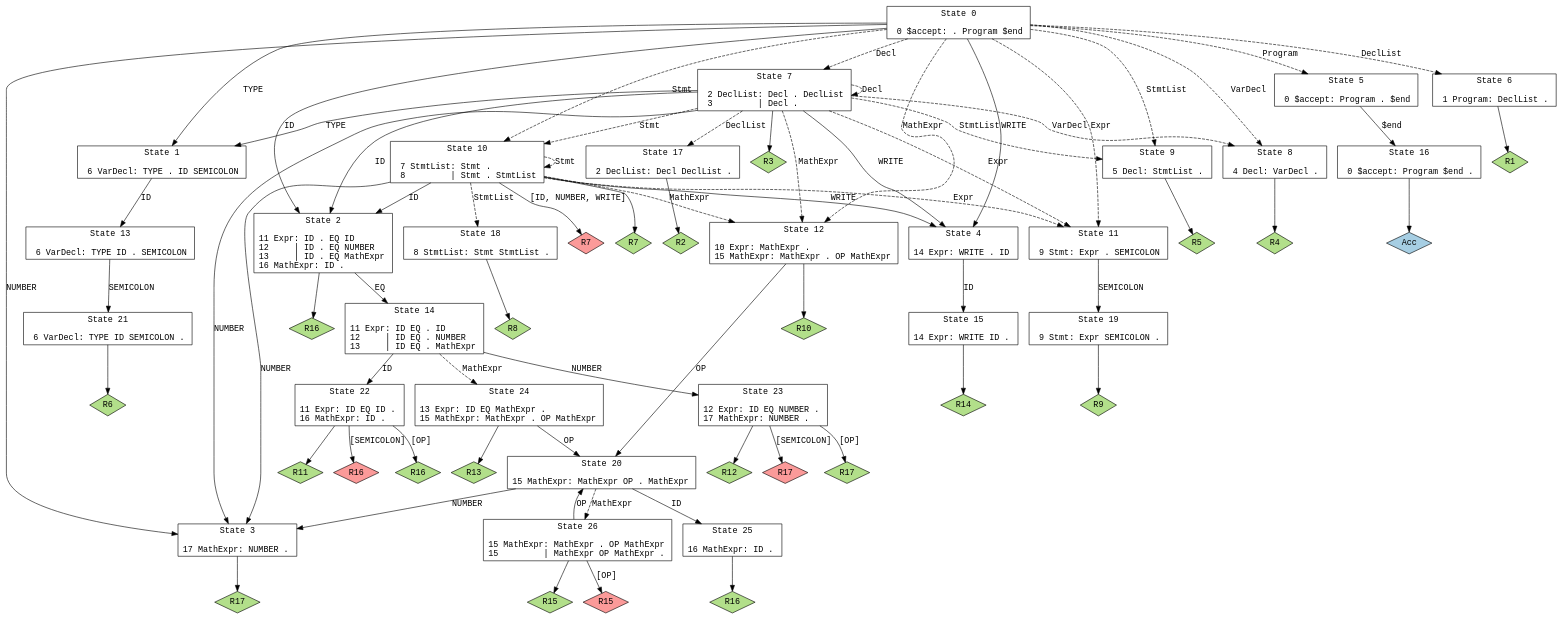
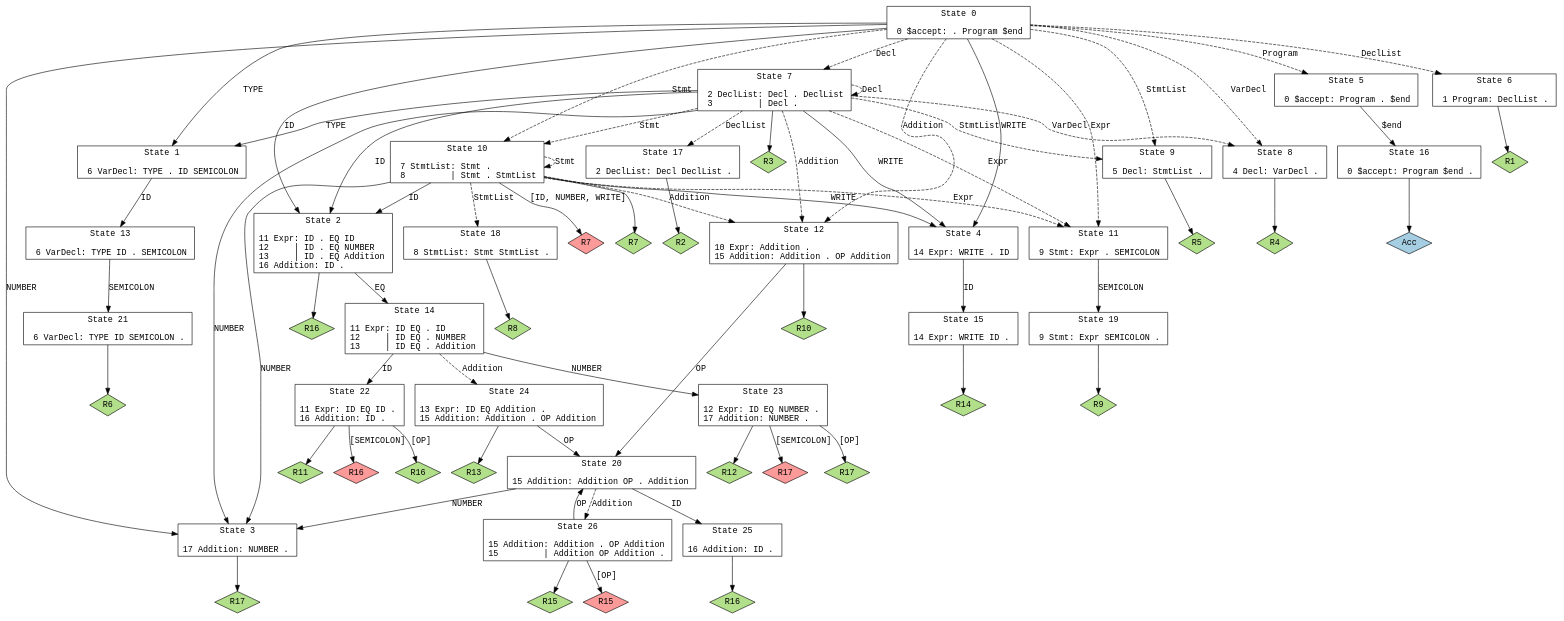
Before and after one commit to tyhunt24/compiler_design: the diagram in parser.dot, drawn with Graphviz. The commit also changed 10 other files, not shown here.

Commit message:
Need to figure out IR code, OPtimization, and register allocation

```diff
--- a/parser.dot
+++ b/parser.dot
@@ -1,132 +1,132 @@
 // Generated by GNU Bison 3.5.1.
 // Report bugs to <bug-bison@gnu.org>.
 // Home page: <https://www.gnu.org/software/bison/>.
 
 digraph "parser.y"
 {
   node [fontname = courier, shape = box, colorscheme = paired6]
   edge [fontname = courier]
 
   0 [label="State 0\n\l  0 $accept: . Program $end\l"]
   0 -> 1 [style=solid label="TYPE"]
   0 -> 2 [style=solid label="ID"]
   0 -> 3 [style=solid label="NUMBER"]
   0 -> 4 [style=solid label="WRITE"]
   0 -> 5 [style=dashed label="Program"]
   0 -> 6 [style=dashed label="DeclList"]
   0 -> 7 [style=dashed label="Decl"]
   0 -> 8 [style=dashed label="VarDecl"]
   0 -> 9 [style=dashed label="StmtList"]
   0 -> 10 [style=dashed label="Stmt"]
   0 -> 11 [style=dashed label="Expr"]
-  0 -> 12 [style=dashed label="MathExpr"]
+  0 -> 12 [style=dashed label="Addition"]
   1 [label="State 1\n\l  6 VarDecl: TYPE . ID SEMICOLON\l"]
   1 -> 13 [style=solid label="ID"]
-  2 [label="State 2\n\l 11 Expr: ID . EQ ID\l 12     | ID . EQ NUMBER\l 13     | ID . EQ MathExpr\l 16 MathExpr: ID .\l"]
+  2 [label="State 2\n\l 11 Expr: ID . EQ ID\l 12     | ID . EQ NUMBER\l 13     | ID . EQ Addition\l 16 Addition: ID .\l"]
   2 -> 14 [style=solid label="EQ"]
   2 -> "2R16" [style=solid]
  "2R16" [label="R16", fillcolor=3, shape=diamond, style=filled]
-  3 [label="State 3\n\l 17 MathExpr: NUMBER .\l"]
+  3 [label="State 3\n\l 17 Addition: NUMBER .\l"]
   3 -> "3R17" [style=solid]
  "3R17" [label="R17", fillcolor=3, shape=diamond, style=filled]
   4 [label="State 4\n\l 14 Expr: WRITE . ID\l"]
   4 -> 15 [style=solid label="ID"]
   5 [label="State 5\n\l  0 $accept: Program . $end\l"]
   5 -> 16 [style=solid label="$end"]
   6 [label="State 6\n\l  1 Program: DeclList .\l"]
   6 -> "6R1" [style=solid]
  "6R1" [label="R1", fillcolor=3, shape=diamond, style=filled]
   7 [label="State 7\n\l  2 DeclList: Decl . DeclList\l  3         | Decl .\l"]
   7 -> 1 [style=solid label="TYPE"]
   7 -> 2 [style=solid label="ID"]
   7 -> 3 [style=solid label="NUMBER"]
   7 -> 4 [style=solid label="WRITE"]
   7 -> 17 [style=dashed label="DeclList"]
   7 -> 7 [style=dashed label="Decl"]
   7 -> 8 [style=dashed label="VarDecl"]
   7 -> 9 [style=dashed label="StmtList"]
   7 -> 10 [style=dashed label="Stmt"]
   7 -> 11 [style=dashed label="Expr"]
-  7 -> 12 [style=dashed label="MathExpr"]
+  7 -> 12 [style=dashed label="Addition"]
   7 -> "7R3" [style=solid]
  "7R3" [label="R3", fillcolor=3, shape=diamond, style=filled]
   8 [label="State 8\n\l  4 Decl: VarDecl .\l"]
   8 -> "8R4" [style=solid]
  "8R4" [label="R4", fillcolor=3, shape=diamond, style=filled]
   9 [label="State 9\n\l  5 Decl: StmtList .\l"]
   9 -> "9R5" [style=solid]
  "9R5" [label="R5", fillcolor=3, shape=diamond, style=filled]
   10 [label="State 10\n\l  7 StmtList: Stmt .\l  8         | Stmt . StmtList\l"]
   10 -> 2 [style=solid label="ID"]
   10 -> 3 [style=solid label="NUMBER"]
   10 -> 4 [style=solid label="WRITE"]
   10 -> 18 [style=dashed label="StmtList"]
   10 -> 10 [style=dashed label="Stmt"]
   10 -> 11 [style=dashed label="Expr"]
-  10 -> 12 [style=dashed label="MathExpr"]
+  10 -> 12 [style=dashed label="Addition"]
   10 -> "10R7d" [label="[ID, NUMBER, WRITE]", style=solid]
  "10R7d" [label="R7", fillcolor=5, shape=diamond, style=filled]
   10 -> "10R7" [style=solid]
  "10R7" [label="R7", fillcolor=3, shape=diamond, style=filled]
   11 [label="State 11\n\l  9 Stmt: Expr . SEMICOLON\l"]
   11 -> 19 [style=solid label="SEMICOLON"]
-  12 [label="State 12\n\l 10 Expr: MathExpr .\l 15 MathExpr: MathExpr . OP MathExpr\l"]
+  12 [label="State 12\n\l 10 Expr: Addition .\l 15 Addition: Addition . OP Addition\l"]
   12 -> 20 [style=solid label="OP"]
   12 -> "12R10" [style=solid]
  "12R10" [label="R10", fillcolor=3, shape=diamond, style=filled]
   13 [label="State 13\n\l  6 VarDecl: TYPE ID . SEMICOLON\l"]
   13 -> 21 [style=solid label="SEMICOLON"]
-  14 [label="State 14\n\l 11 Expr: ID EQ . ID\l 12     | ID EQ . NUMBER\l 13     | ID EQ . MathExpr\l"]
+  14 [label="State 14\n\l 11 Expr: ID EQ . ID\l 12     | ID EQ . NUMBER\l 13     | ID EQ . Addition\l"]
   14 -> 22 [style=solid label="ID"]
   14 -> 23 [style=solid label="NUMBER"]
-  14 -> 24 [style=dashed label="MathExpr"]
+  14 -> 24 [style=dashed label="Addition"]
   15 [label="State 15\n\l 14 Expr: WRITE ID .\l"]
   15 -> "15R14" [style=solid]
  "15R14" [label="R14", fillcolor=3, shape=diamond, style=filled]
   16 [label="State 16\n\l  0 $accept: Program $end .\l"]
   16 -> "16R0" [style=solid]
  "16R0" [label="Acc", fillcolor=1, shape=diamond, style=filled]
   17 [label="State 17\n\l  2 DeclList: Decl DeclList .\l"]
   17 -> "17R2" [style=solid]
  "17R2" [label="R2", fillcolor=3, shape=diamond, style=filled]
   18 [label="State 18\n\l  8 StmtList: Stmt StmtList .\l"]
   18 -> "18R8" [style=solid]
  "18R8" [label="R8", fillcolor=3, shape=diamond, style=filled]
   19 [label="State 19\n\l  9 Stmt: Expr SEMICOLON .\l"]
   19 -> "19R9" [style=solid]
  "19R9" [label="R9", fillcolor=3, shape=diamond, style=filled]
-  20 [label="State 20\n\l 15 MathExpr: MathExpr OP . MathExpr\l"]
+  20 [label="State 20\n\l 15 Addition: Addition OP . Addition\l"]
   20 -> 25 [style=solid label="ID"]
   20 -> 3 [style=solid label="NUMBER"]
-  20 -> 26 [style=dashed label="MathExpr"]
+  20 -> 26 [style=dashed label="Addition"]
   21 [label="State 21\n\l  6 VarDecl: TYPE ID SEMICOLON .\l"]
   21 -> "21R6" [style=solid]
  "21R6" [label="R6", fillcolor=3, shape=diamond, style=filled]
-  22 [label="State 22\n\l 11 Expr: ID EQ ID .\l 16 MathExpr: ID .\l"]
+  22 [label="State 22\n\l 11 Expr: ID EQ ID .\l 16 Addition: ID .\l"]
   22 -> "22R11" [style=solid]
  "22R11" [label="R11", fillcolor=3, shape=diamond, style=filled]
   22 -> "22R16d" [label="[SEMICOLON]", style=solid]
  "22R16d" [label="R16", fillcolor=5, shape=diamond, style=filled]
   22 -> "22R16" [label="[OP]", style=solid]
  "22R16" [label="R16", fillcolor=3, shape=diamond, style=filled]
-  23 [label="State 23\n\l 12 Expr: ID EQ NUMBER .\l 17 MathExpr: NUMBER .\l"]
+  23 [label="State 23\n\l 12 Expr: ID EQ NUMBER .\l 17 Addition: NUMBER .\l"]
   23 -> "23R12" [style=solid]
  "23R12" [label="R12", fillcolor=3, shape=diamond, style=filled]
   23 -> "23R17d" [label="[SEMICOLON]", style=solid]
  "23R17d" [label="R17", fillcolor=5, shape=diamond, style=filled]
   23 -> "23R17" [label="[OP]", style=solid]
  "23R17" [label="R17", fillcolor=3, shape=diamond, style=filled]
-  24 [label="State 24\n\l 13 Expr: ID EQ MathExpr .\l 15 MathExpr: MathExpr . OP MathExpr\l"]
+  24 [label="State 24\n\l 13 Expr: ID EQ Addition .\l 15 Addition: Addition . OP Addition\l"]
   24 -> 20 [style=solid label="OP"]
   24 -> "24R13" [style=solid]
  "24R13" [label="R13", fillcolor=3, shape=diamond, style=filled]
-  25 [label="State 25\n\l 16 MathExpr: ID .\l"]
+  25 [label="State 25\n\l 16 Addition: ID .\l"]
   25 -> "25R16" [style=solid]
  "25R16" [label="R16", fillcolor=3, shape=diamond, style=filled]
-  26 [label="State 26\n\l 15 MathExpr: MathExpr . OP MathExpr\l 15         | MathExpr OP MathExpr .\l"]
+  26 [label="State 26\n\l 15 Addition: Addition . OP Addition\l 15         | Addition OP Addition .\l"]
   26 -> 20 [style=solid label="OP"]
   26 -> "26R15d" [label="[OP]", style=solid]
  "26R15d" [label="R15", fillcolor=5, shape=diamond, style=filled]
   26 -> "26R15" [style=solid]
  "26R15" [label="R15", fillcolor=3, shape=diamond, style=filled]
 }
```
